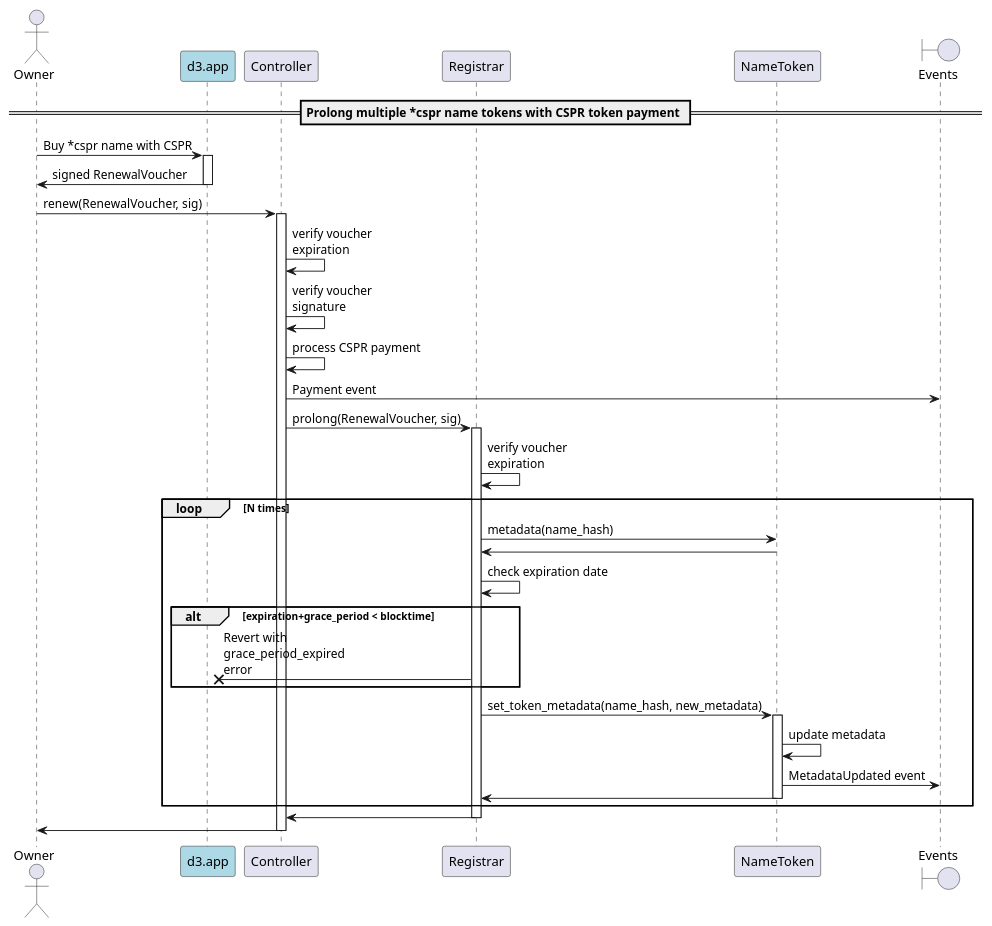
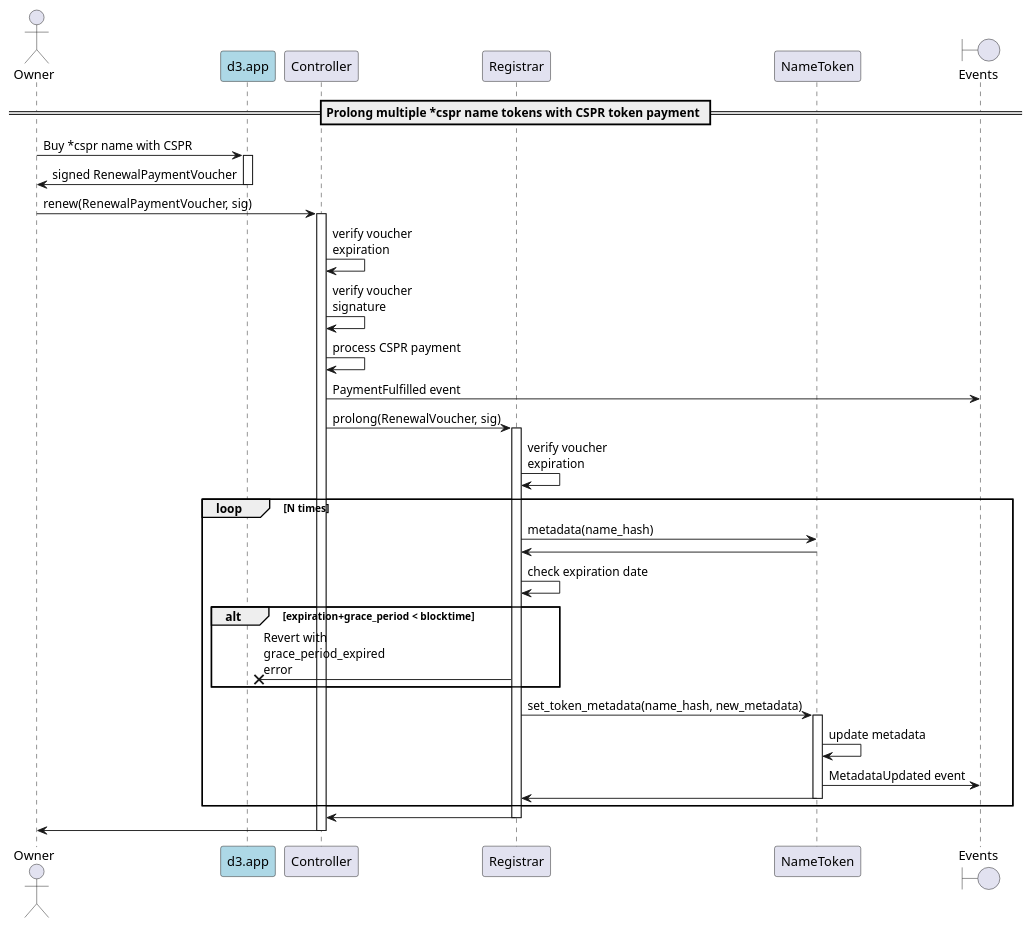
One commit to make-software/cspr-name-contracts changed the diagram in docs/sequence-diagrams/puml/onchain-renewal.puml. Above: the diagram before and after it, drawn with PlantUML. The commit also changed 14 other files, not shown here.

Commit message:
Changes to controller and resolution: - set resolver on registrar instead of controller. - updated resolution flows. - added cleanup() flow

```diff
--- a/docs/sequence-diagrams/puml/onchain-renewal.puml
+++ b/docs/sequence-diagrams/puml/onchain-renewal.puml
@@ -1,47 +1,47 @@
 @startuml
 'https://plantuml.com/sequence-diagram
 
 'autonumber
 actor Owner
 participant "d3.app" as d3 #lightblue
 participant "Controller"
 participant "Registrar"
 participant "NameToken"
 boundary "Events"
 
 == Prolong multiple *cspr name tokens with CSPR token payment ==
 
 Owner -> d3: Buy *cspr name with CSPR
 activate d3
-d3 -> Owner: signed RenewalVoucher
+d3 -> Owner: signed RenewalPaymentVoucher
 deactivate d3
 
-Owner -> Controller: renew(RenewalVoucher, sig)
+Owner -> Controller: renew(RenewalPaymentVoucher, sig)
 activate Controller
 Controller -> Controller: verify voucher\nexpiration
 Controller -> Controller: verify voucher\nsignature
 Controller -> Controller: process CSPR payment
-Controller -> "Events": Payment event
+Controller -> "Events": PaymentFulfilled event
 Controller -> Registrar: prolong(RenewalVoucher, sig)
 activate Registrar
 Registrar -> Registrar: verify voucher\nexpiration
     loop N times
     Registrar -> NameToken: metadata(name_hash)
     NameToken -> Registrar
     Registrar -> Registrar: check expiration date
     alt expiration+grace_period < blocktime
         Registrar ->x d3: Revert with\ngrace_period_expired\nerror
     end
     Registrar -> NameToken: set_token_metadata(name_hash, new_metadata)
     activate NameToken
     NameToken -> NameToken: update metadata
     NameToken -> "Events": MetadataUpdated event
     NameToken -> Registrar
     deactivate NameToken
     end loop
 Registrar -> Controller
 deactivate Registrar
 Controller -> Owner
 deactivate Controller
 
 @enduml
```
